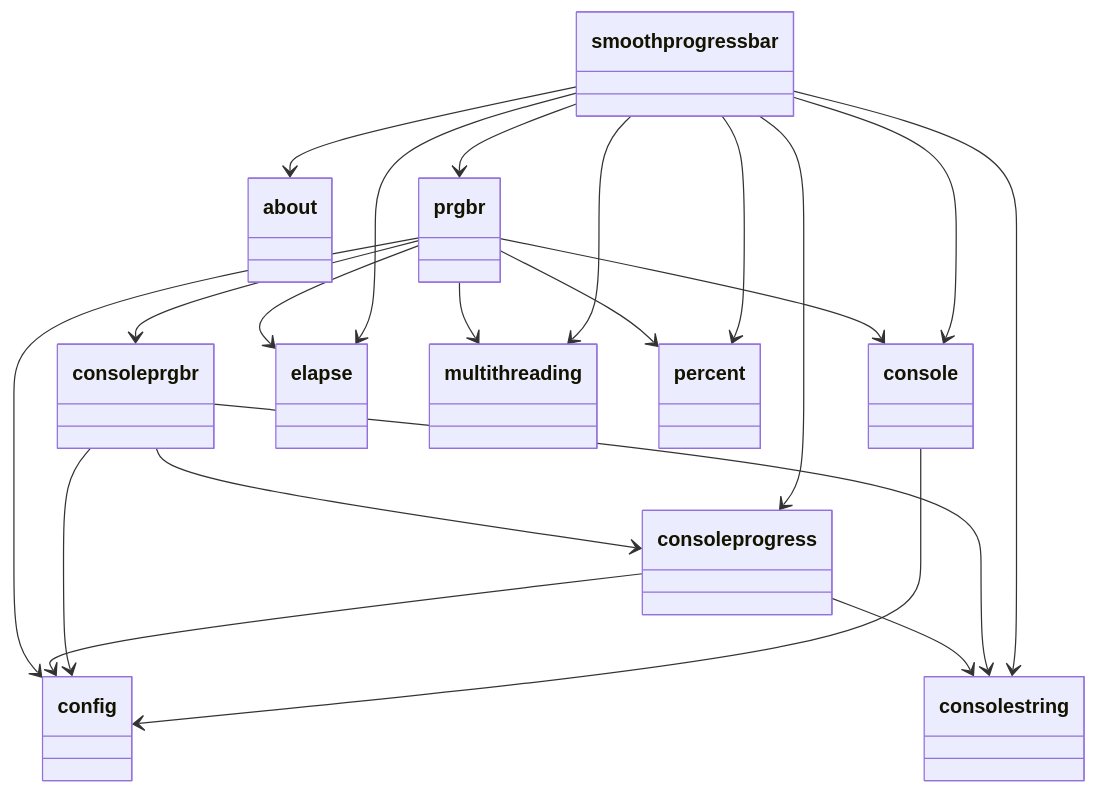
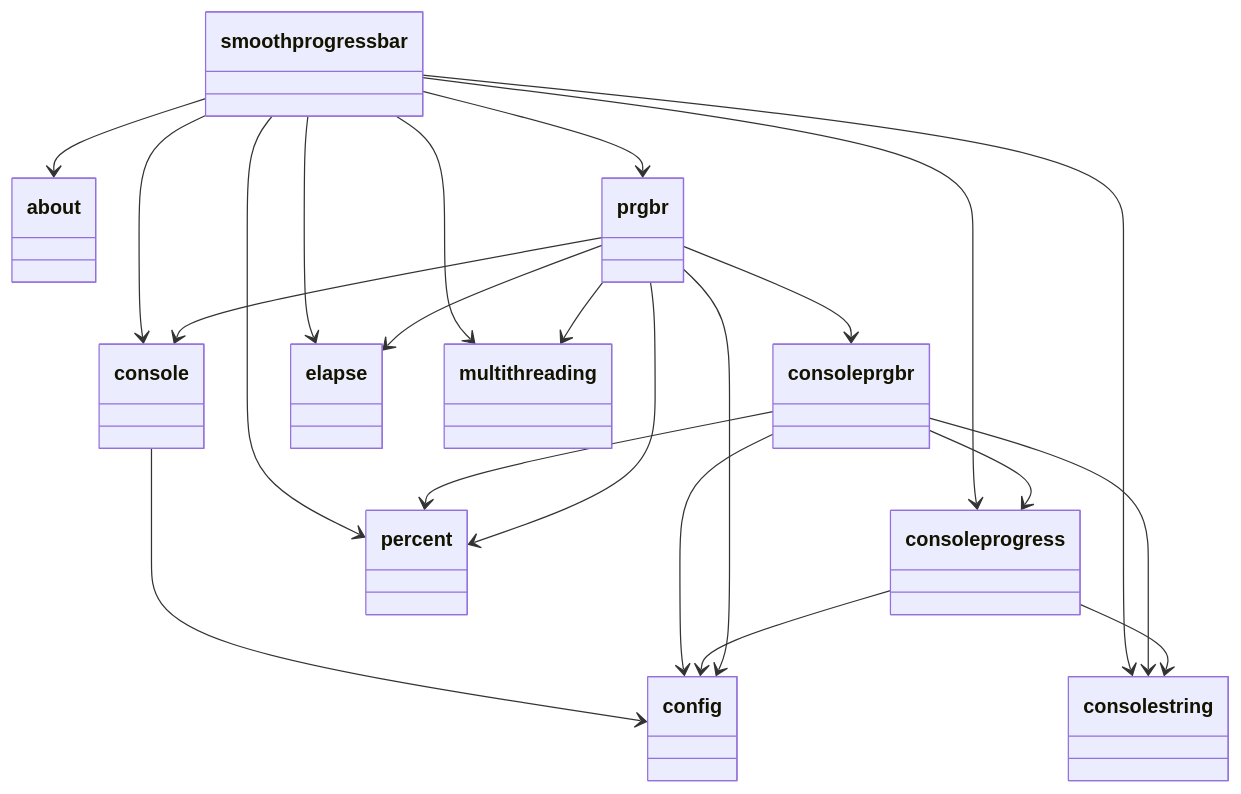
The diagram in doc/packages_smoothprogressbar.mmd (francois-le-ko4la/smooth-progressbar), drawn with Mermaid before and after one commit. The commit also changed 5 other files, not shown here.

```diff
--- a/doc/packages_smoothprogressbar.mmd
+++ b/doc/packages_smoothprogressbar.mmd
@@ -1,43 +1,44 @@
 classDiagram
   class smoothprogressbar {
   }
   class __about__ {
   }
   class __config__ {
   }
   class console {
   }
   class consoleprgbr {
   }
   class consoleprogress {
   }
   class consolestring {
   }
   class elapse {
   }
   class multithreading {
   }
   class percent {
   }
   class prgbr {
   }
   smoothprogressbar --> __about__
   smoothprogressbar --> console
   smoothprogressbar --> consoleprogress
   smoothprogressbar --> consolestring
   smoothprogressbar --> elapse
   smoothprogressbar --> multithreading
   smoothprogressbar --> percent
   smoothprogressbar --> prgbr
   console --> __config__
   consoleprgbr --> __config__
   consoleprgbr --> consoleprogress
   consoleprgbr --> consolestring
+  consoleprgbr --> percent
   consoleprogress --> __config__
   consoleprogress --> consolestring
   prgbr --> __config__
   prgbr --> console
   prgbr --> consoleprgbr
   prgbr --> elapse
   prgbr --> multithreading
   prgbr --> percent
```
